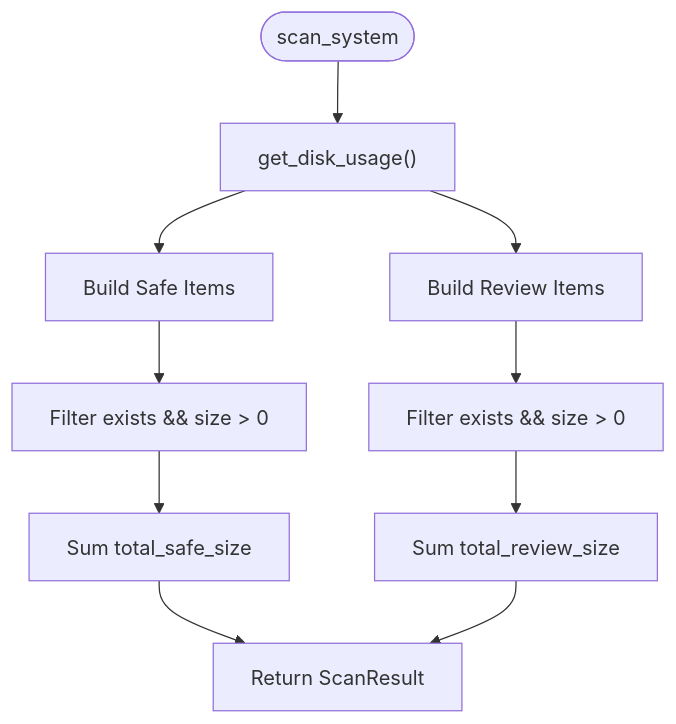
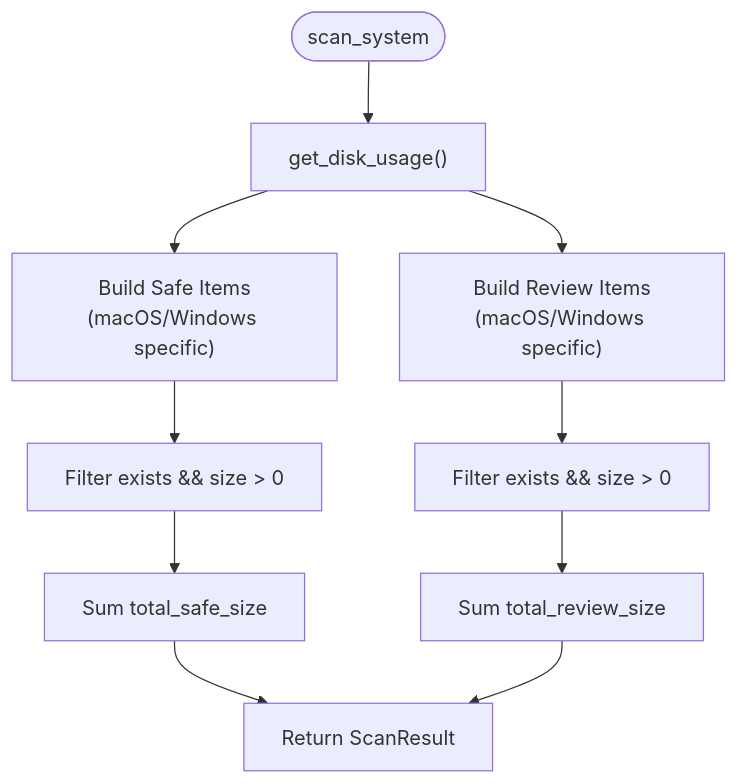
The fourth of 12 diagrams in .qoder/repowiki/en/content/Core Features Documentation/Core Features Documentation.md (mrtruongleo/FreeSpaceMacos), drawn with Mermaid before and after one commit. The commit also changed other lines of this file and 31 other files, not shown here.

````diff
--- a/.qoder/repowiki/en/content/Core Features Documentation/Core Features Documentation.md
+++ b/.qoder/repowiki/en/content/Core Features Documentation/Core Features Documentation.md
@@ -161,12 +244,12 @@
 ```mermaid
 flowchart TD
 Start(["scan_system"]) --> GetDisk["get_disk_usage()"]
-GetDisk --> BuildSafe["Build Safe Items"]
-GetDisk --> BuildReview["Build Review Items"]
+GetDisk --> BuildSafe["Build Safe Items<br/>(macOS/Windows specific)"]
+GetDisk --> BuildReview["Build Review Items<br/>(macOS/Windows specific)"]
 BuildSafe --> FilterSafe["Filter exists && size > 0"]
 BuildReview --> FilterReview["Filter exists && size > 0"]
 FilterSafe --> SumSafe["Sum total_safe_size"]
 FilterReview --> SumReview["Sum total_review_size"]
 SumSafe --> Return["Return ScanResult"]
 SumReview --> Return
 ```
````
